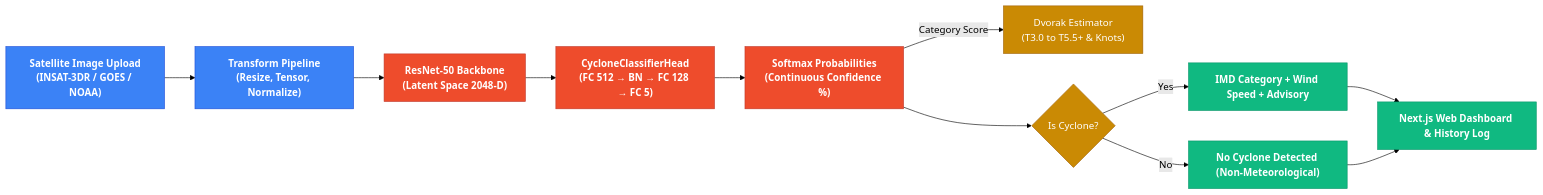
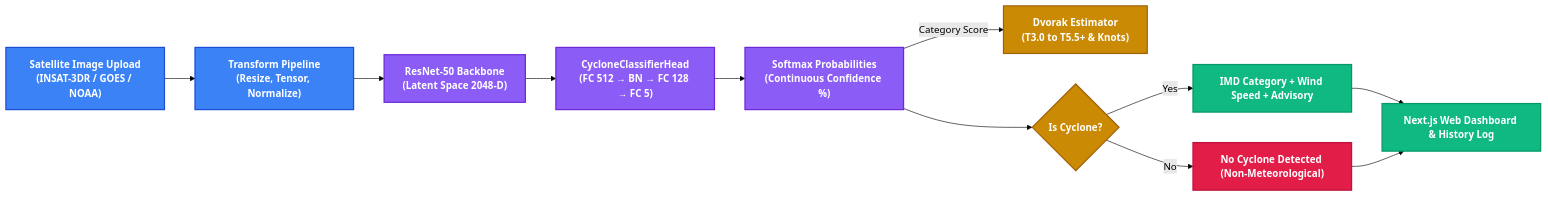
The third of 3 diagrams in README.md (8ernity/CycloNet), drawn with Mermaid (forest theme) before and after one commit. The commit also changed other lines of this file, not shown here.

Commit message:
docs: remove header picture and enhance Mermaid diagram color schemes

````diff
--- a/README.md
+++ b/README.md
@@ -156,21 +153,22 @@
 ```mermaid
 flowchart LR
-    classDef inputStyle fill:#3B82F6,stroke:#1D4ED8,color:#FFF,font-weight:bold
-    classDef mlStyle fill:#EE4C2C,stroke:#C0392B,color:#FFF,font-weight:bold
-    classDef dvorakStyle fill:#CA8A04,stroke:#A16207,color:#FFF
-    classDef outStyle fill:#10B981,stroke:#059669,color:#FFF,font-weight:bold
+    classDef inputStyle fill:#3B82F6,stroke:#1D4ED8,stroke-width:2px,color:#FFFFFF,font-weight:bold
+    classDef mlStyle fill:#8B5CF6,stroke:#6D28D9,stroke-width:2px,color:#FFFFFF,font-weight:bold
+    classDef dvorakStyle fill:#CA8A04,stroke:#A16207,stroke-width:2px,color:#FFFFFF,font-weight:bold
+    classDef outStyle fill:#10B981,stroke:#059669,stroke-width:2px,color:#FFFFFF,font-weight:bold
+    classDef rejectStyle fill:#E11D48,stroke:#BE123C,stroke-width:2px,color:#FFFFFF,font-weight:bold
 
     Img["Satellite Image Upload<br/>(INSAT-3DR / GOES / NOAA)"]:::inputStyle --> Tensor["Transform Pipeline<br/>(Resize, Tensor, Normalize)"]:::inputStyle
     Tensor --> ResNet["ResNet-50 Backbone<br/>(Latent Space 2048-D)"]:::mlStyle
     ResNet --> Head["CycloneClassifierHead<br/>(FC 512 → BN → FC 128 → FC 5)"]:::mlStyle
 
     Head --> Softmax["Softmax Probabilities<br/>(Continuous Confidence %)"]:::mlStyle
 
     Softmax -->|Category Score| Dvorak["Dvorak Estimator<br/>(T3.0 to T5.5+ & Knots)"]:::dvorakStyle
     Softmax --> OutOfDist{"Is Cyclone?"}:::dvorakStyle
 
     OutOfDist -->|Yes| ValidOut["IMD Category + Wind Speed + Advisory"]:::outStyle
-    OutOfDist -->|No| RejectOut["No Cyclone Detected (Non-Meteorological)"]:::outStyle
+    OutOfDist -->|No| RejectOut["No Cyclone Detected (Non-Meteorological)"]:::rejectStyle
 
     ValidOut & RejectOut --> UI["Next.js Web Dashboard & History Log"]:::outStyle
 ```
````
